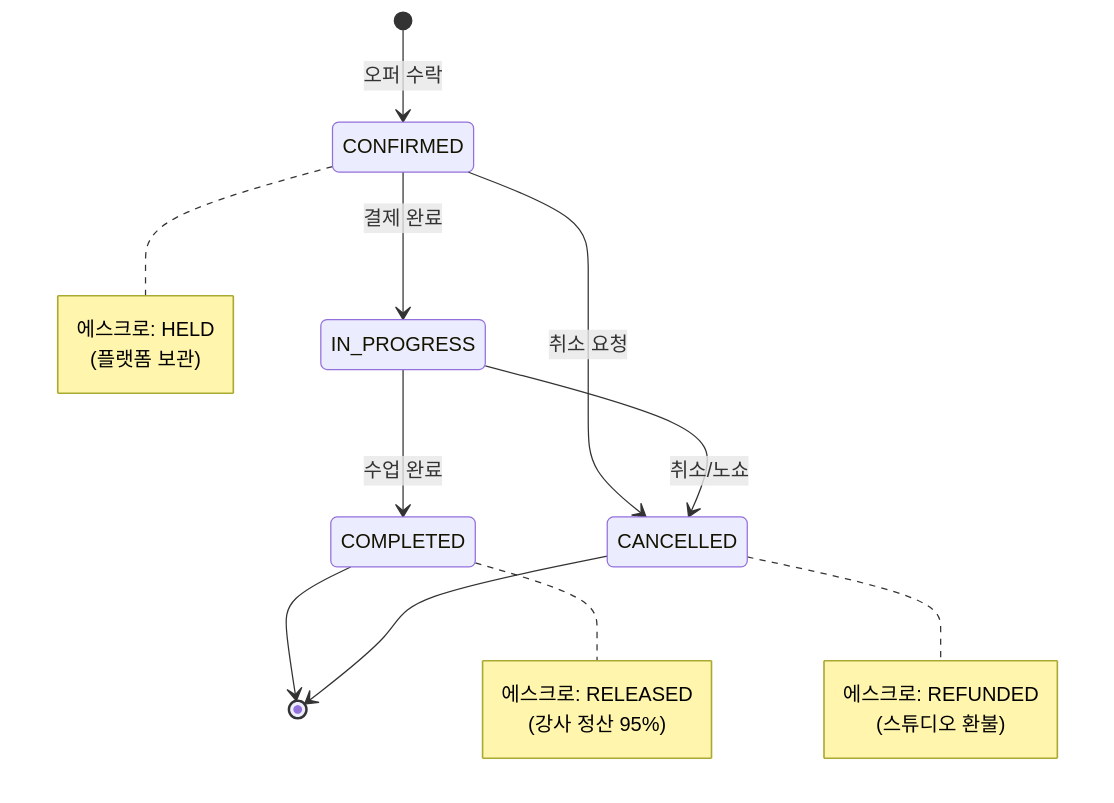
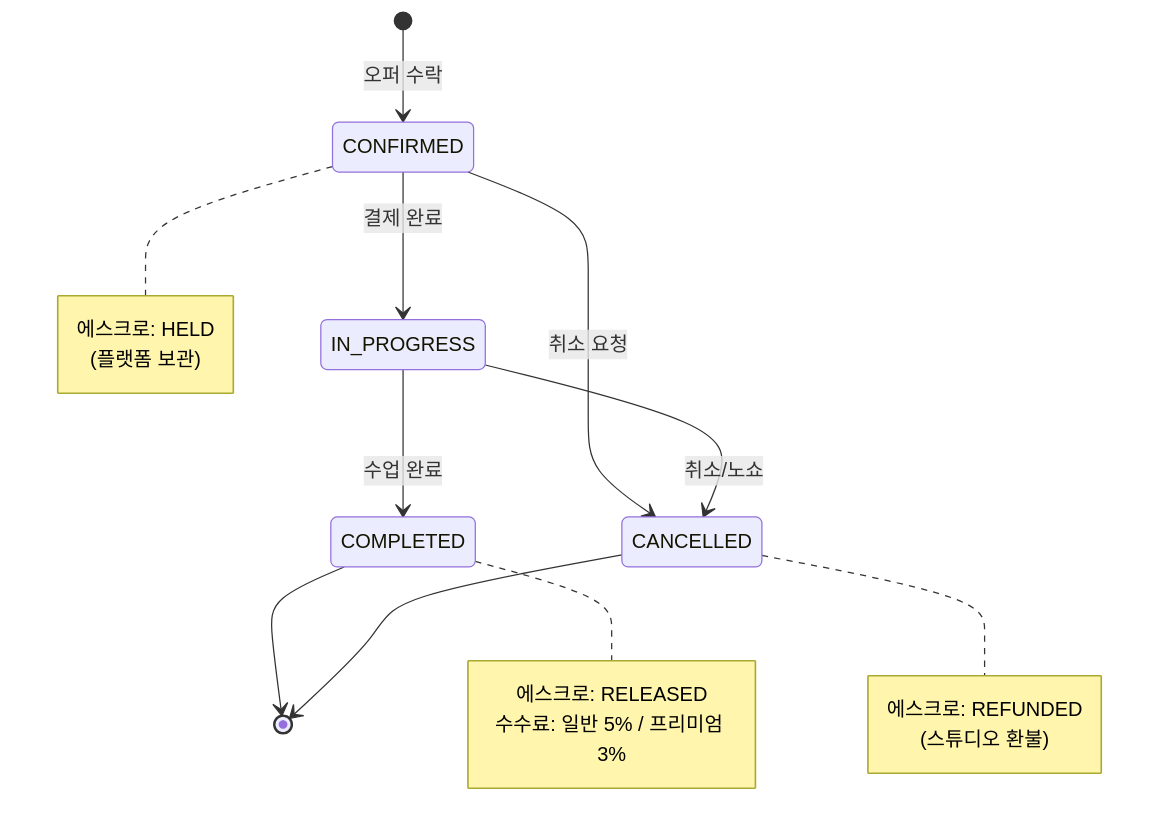
The fourth of 8 diagrams in README.md (MaduJoe/PilaMatch), drawn with Mermaid before and after one commit. The commit also changed other lines of this file and 38 other files, not shown here.

````diff
--- a/README.md
+++ b/README.md
@@ -921,28 +1348,28 @@
 ```mermaid
 stateDiagram-v2
     [*] --> CONFIRMED: 오퍼 수락
 
     CONFIRMED --> IN_PROGRESS: 결제 완료
     CONFIRMED --> CANCELLED: 취소 요청
 
     IN_PROGRESS --> COMPLETED: 수업 완료
     IN_PROGRESS --> CANCELLED: 취소/노쇼
 
     COMPLETED --> [*]
     CANCELLED --> [*]
 
     note right of CONFIRMED
         에스크로: HELD
         (플랫폼 보관)
     end note
 
     note right of COMPLETED
         에스크로: RELEASED
-        (강사 정산 95%)
+        수수료: 일반 5% / 프리미엄 3%
     end note
 
     note right of CANCELLED
         에스크로: REFUNDED
         (스튜디오 환불)
     end note
 ```
````
